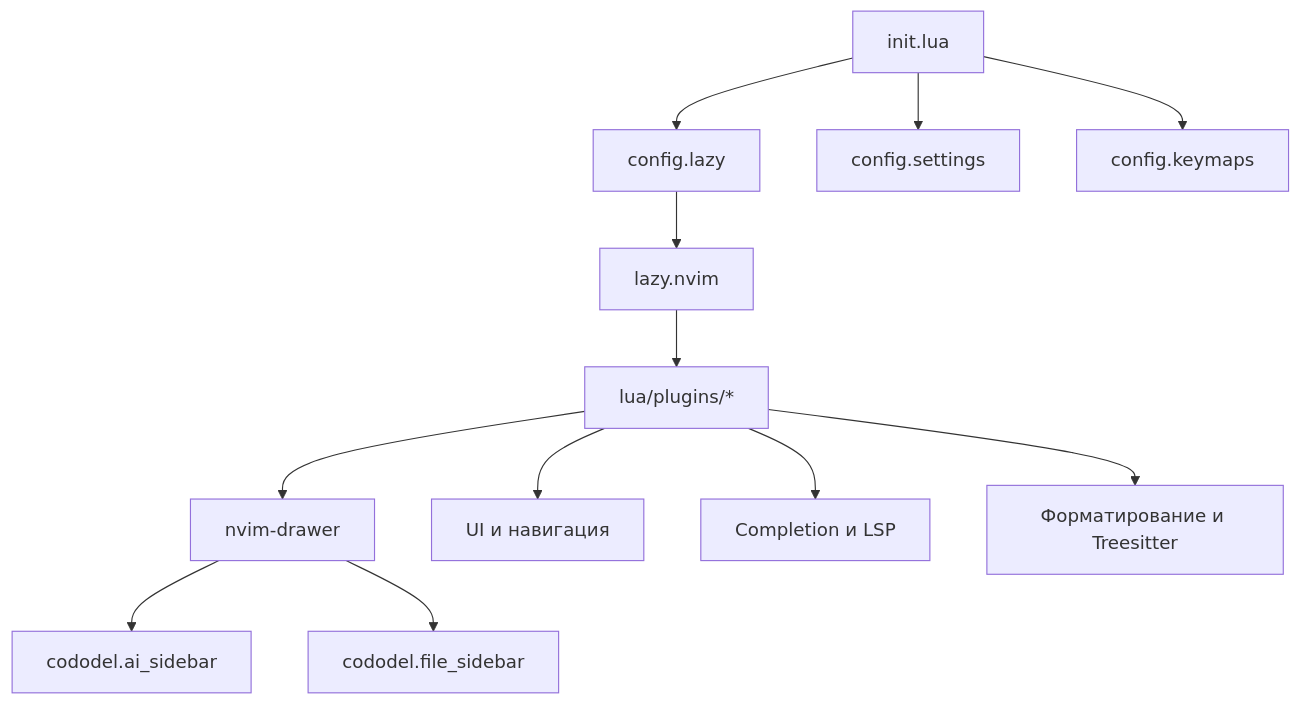
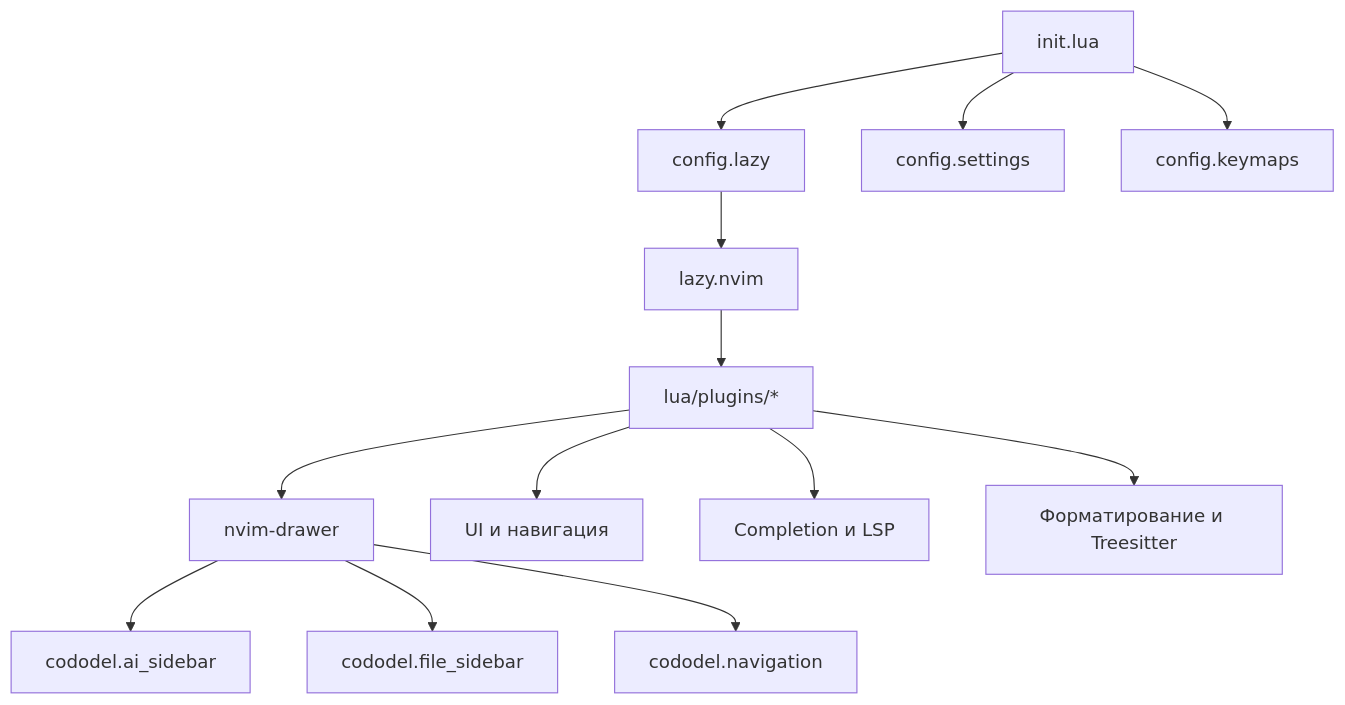
One commit to cododel/nvim-config changed the second of 2 diagrams in README.md. Above: the diagram before and after it, drawn with Mermaid. The commit also changed other lines of this file and 3 other files, not shown here.

````diff
--- a/README.md
+++ b/README.md
@@ -116,14 +117,15 @@
 ```mermaid
 flowchart TD
   I["init.lua"] --> L["config.lazy"]
   I --> S["config.settings"]
   I --> K["config.keymaps"]
   L --> M["lazy.nvim"]
   M --> P["lua/plugins/*"]
   P --> D["nvim-drawer"]
   P --> UI["UI и навигация"]
   P --> CODE["Completion и LSP"]
   P --> EDIT["Форматирование и Treesitter"]
   D --> AI["cododel.ai_sidebar"]
   D --> FS["cododel.file_sidebar"]
+  D --> N["cododel.navigation"]
 ```
````
